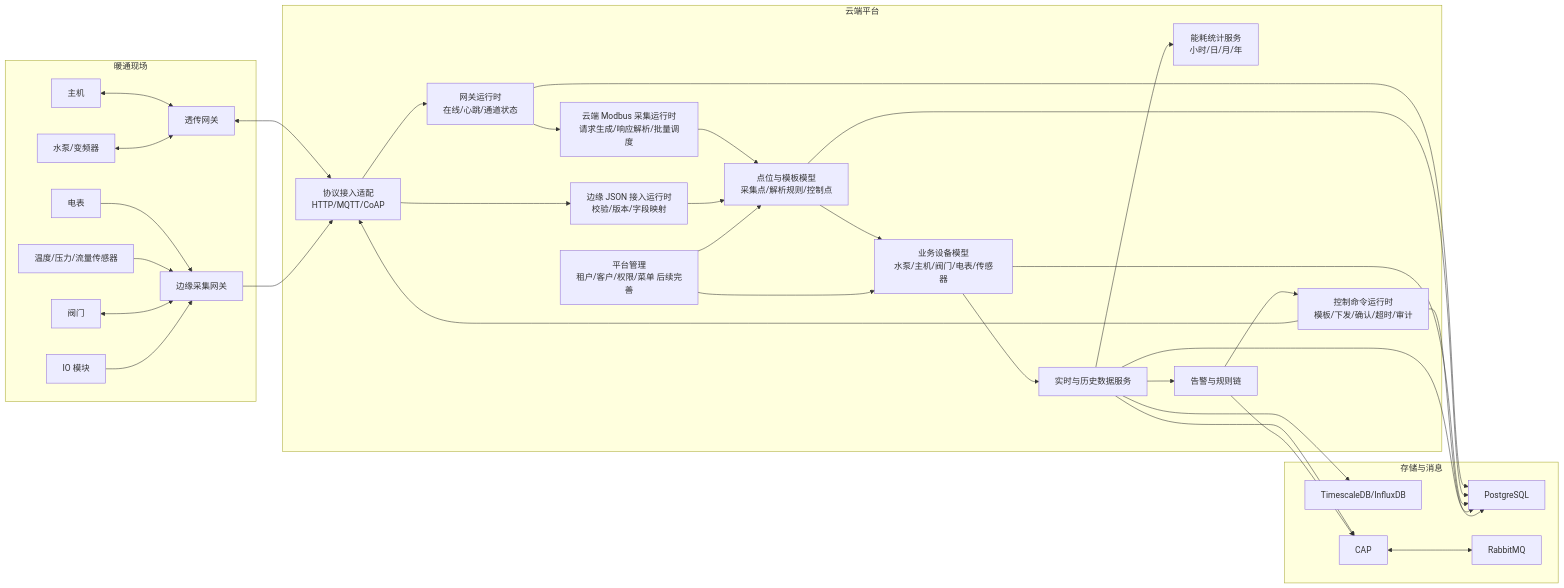
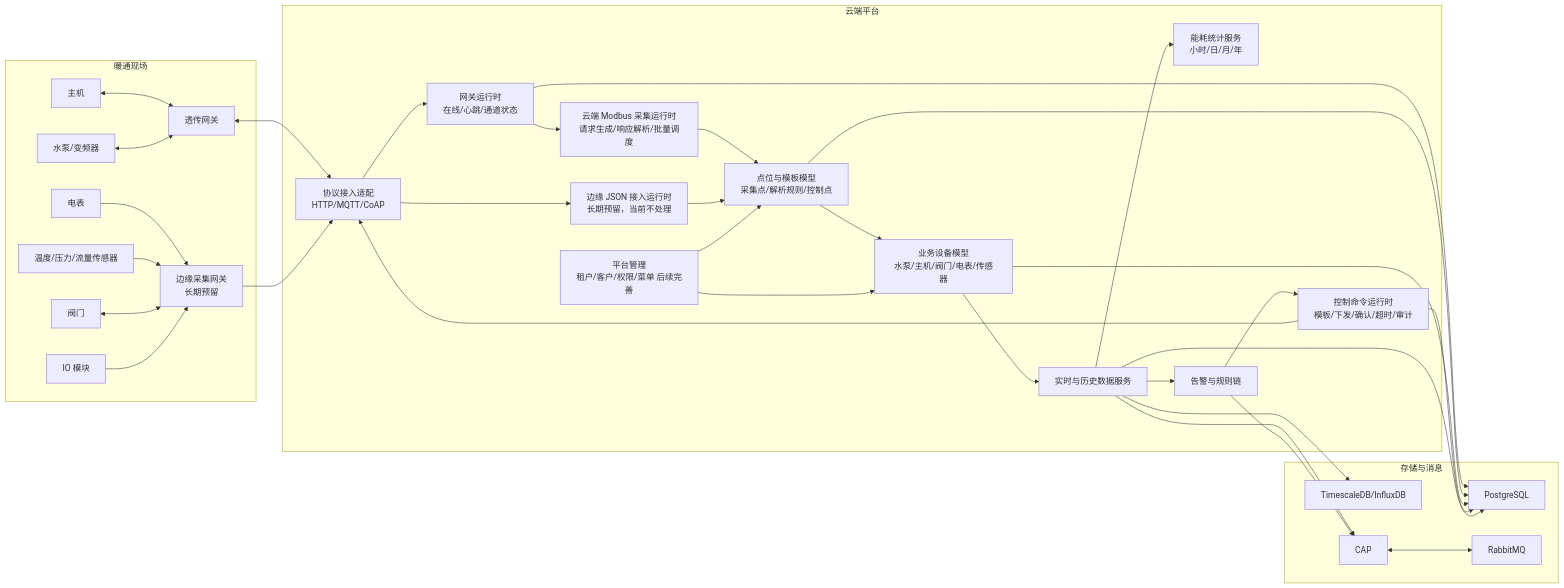
Before and after one commit to yj21world/IoTSharp: the second of 4 diagrams in docs/ways-of-work/plan/hvac-cloud-platform/arch.md, drawn with Mermaid. The commit also changed other lines of this file and 16 other files, not shown here.

````diff
--- a/docs/ways-of-work/plan/hvac-cloud-platform/arch.md
+++ b/docs/ways-of-work/plan/hvac-cloud-platform/arch.md
@@ -91,65 +91,65 @@
 ```mermaid
 flowchart LR
     subgraph Site["暖通现场"]
         Chiller["主机"]
         Pump["水泵/变频器"]
         Valve["阀门"]
         Meter["电表"]
         Sensor["温度/压力/流量传感器"]
         IO["IO 模块"]
         TG["透传网关"]
-        EG["边缘采集网关"]
+        EG["边缘采集网关<br/>长期预留"]
         Chiller <--> TG
         Pump <--> TG
         Meter --> EG
         Sensor --> EG
         Valve <--> EG
         IO --> EG
     end
 
     subgraph Cloud["云端平台"]
         AccessAdapter["协议接入适配<br/>HTTP/MQTT/CoAP"]
         GatewayRuntime["网关运行时<br/>在线/心跳/通道状态"]
         ModbusRuntime["云端 Modbus 采集运行时<br/>请求生成/响应解析/批量调度"]
-        EdgeJsonRuntime["边缘 JSON 接入运行时<br/>校验/版本/字段映射"]
+        EdgeJsonRuntime["边缘 JSON 接入运行时<br/>长期预留，当前不处理"]
         PointModel["点位与模板模型<br/>采集点/解析规则/控制点"]
         EquipmentModel["业务设备模型<br/>水泵/主机/阀门/电表/传感器"]
         TelemetryStore["实时与历史数据服务"]
         CommandRuntime["控制命令运行时<br/>模板/下发/确认/超时/审计"]
         EnergyStats["能耗统计服务<br/>小时/日/月/年"]
         AlarmRules["告警与规则链"]
         PlatformMgmt["平台管理<br/>租户/客户/权限/菜单 后续完善"]
     end
 
     subgraph Storage["存储与消息"]
         BizDB["PostgreSQL"]
         TSDB["TimescaleDB/InfluxDB"]
         MQ["RabbitMQ"]
         EventBus["CAP"]
     end
 
     TG <--> AccessAdapter
     EG --> AccessAdapter
     AccessAdapter --> GatewayRuntime
     AccessAdapter --> EdgeJsonRuntime
     GatewayRuntime --> ModbusRuntime
     ModbusRuntime --> PointModel
     EdgeJsonRuntime --> PointModel
     PointModel --> EquipmentModel
     EquipmentModel --> TelemetryStore
     TelemetryStore --> EnergyStats
     TelemetryStore --> AlarmRules
     CommandRuntime --> AccessAdapter
     AlarmRules --> CommandRuntime
     PlatformMgmt --> EquipmentModel
     PlatformMgmt --> PointModel
     GatewayRuntime --> BizDB
     PointModel --> BizDB
     EquipmentModel --> BizDB
     CommandRuntime --> BizDB
     TelemetryStore --> TSDB
     TelemetryStore --> BizDB
     EventBus <--> MQ
     TelemetryStore --> EventBus
     AlarmRules --> EventBus
 ```
````
